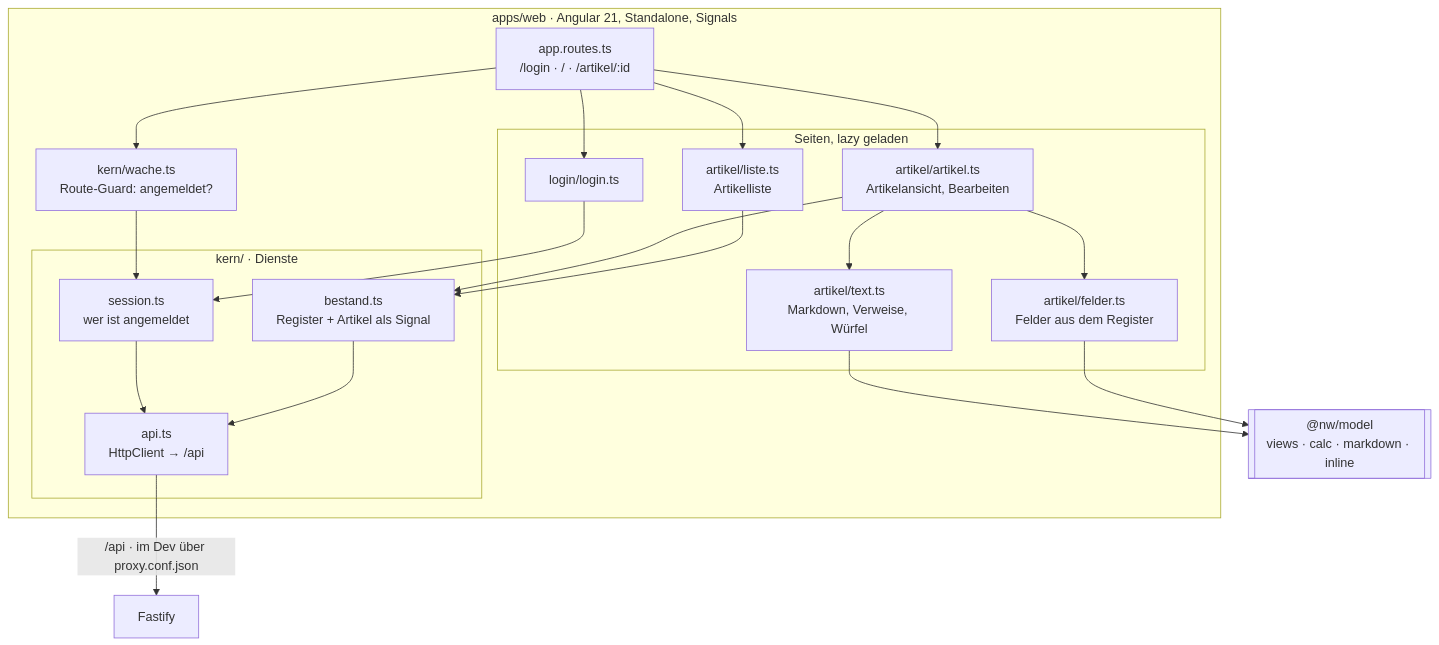
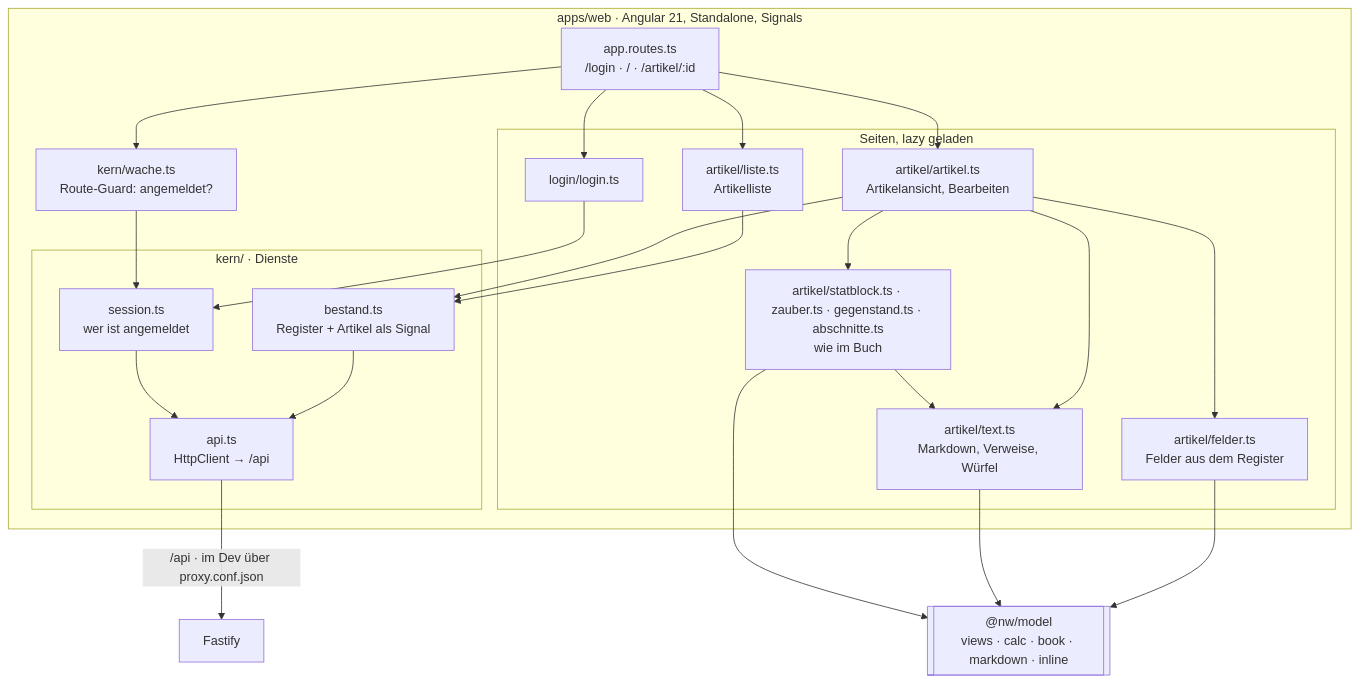
The sixth of 7 diagrams in docs/Architektur.md (Mrfudog/Atlas-Mentis), drawn with Mermaid before and after one commit. The commit also changed other lines of this file and 11 other files, not shown here.

First line of the commit message:
Artikelseite zeichnet die Anordnung der Art, Statblock wie im MM (W2)

````diff
--- a/docs/Architektur.md
+++ b/docs/Architektur.md
@@ -267,27 +268,29 @@
 ```mermaid
 flowchart TB
   subgraph angular[apps/web · Angular 21, Standalone, Signals]
     router[app.routes.ts<br/>/login · / · /artikel/:id]
     wache[kern/wache.ts<br/>Route-Guard: angemeldet?]
     subgraph seiten[Seiten, lazy geladen]
       login[login/login.ts]
       liste[artikel/liste.ts<br/>Artikelliste]
       artikel[artikel/artikel.ts<br/>Artikelansicht, Bearbeiten]
       felder[artikel/felder.ts<br/>Felder aus dem Register]
       text[artikel/text.ts<br/>Markdown, Verweise, Würfel]
+      buch[artikel/statblock.ts · zauber.ts · gegenstand.ts · abschnitte.ts<br/>wie im Buch]
     end
     subgraph kern[kern/ · Dienste]
       api[api.ts<br/>HttpClient → /api]
       bestand[bestand.ts<br/>Register + Artikel als Signal]
       session[session.ts<br/>wer ist angemeldet]
     end
   end
-  model[["@nw/model<br/>views · calc · markdown · inline"]]
+  model[["@nw/model<br/>views · calc · book · markdown · inline"]]
   router --> wache --> session
   router --> login & liste & artikel
-  artikel --> felder & text
+  artikel --> felder & text & buch
+  buch --> text
   liste & artikel --> bestand --> api
   login --> session --> api
-  felder & text --> model
+  felder & text & buch --> model
   api -->|"/api · im Dev über proxy.conf.json"| srv[Fastify]
 ```
````
